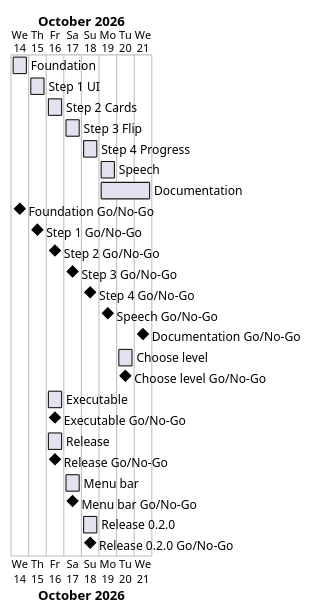
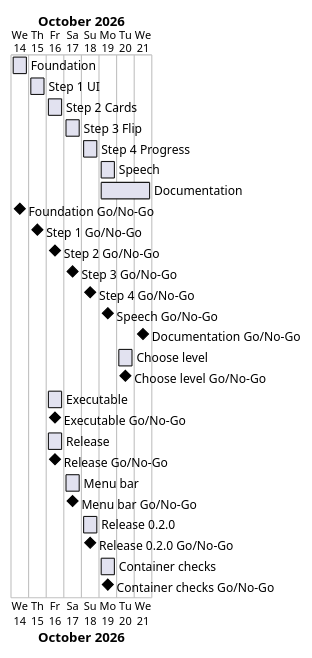
One commit to Tirsvad-Udemy-100-days-of-code/031-flash-card changed the diagram in docs/project-plan.md. Above: the diagram before and after it, drawn with PlantUML. The commit also changed other lines of this file and 9 other files, not shown here.

First line of the commit message:
MIL-013 plan and documents: container and sandbox checks

````diff
--- a/docs/project-plan.md
+++ b/docs/project-plan.md
@@ -48,29 +49,31 @@
 ```plantuml
 @startgantt
 Project starts 2026-10-14
 [Foundation] starts 2026-10-14 and ends 2026-10-14
 [Step 1 UI] starts 2026-10-15 and ends 2026-10-15
 [Step 2 Cards] starts 2026-10-16 and ends 2026-10-16
 [Step 3 Flip] starts 2026-10-17 and ends 2026-10-17
 [Step 4 Progress] starts 2026-10-18 and ends 2026-10-18
 [Speech] starts 2026-10-19 and ends 2026-10-19
 [Documentation] starts 2026-10-19 and ends 2026-10-21
 [Foundation Go/No-Go] happens 2026-10-14
 [Step 1 Go/No-Go] happens 2026-10-15
 [Step 2 Go/No-Go] happens 2026-10-16
 [Step 3 Go/No-Go] happens 2026-10-17
 [Step 4 Go/No-Go] happens 2026-10-18
 [Speech Go/No-Go] happens 2026-10-19
 [Documentation Go/No-Go] happens 2026-10-21
 [Choose level] starts 2026-10-20 and ends 2026-10-20
 [Choose level Go/No-Go] happens 2026-10-20
 [Executable] starts 2026-10-16 and ends 2026-10-16
 [Executable Go/No-Go] happens 2026-10-16
 [Release] starts 2026-10-16 and ends 2026-10-16
 [Release Go/No-Go] happens 2026-10-16
 [Menu bar] starts 2026-10-17 and ends 2026-10-17
 [Menu bar Go/No-Go] happens 2026-10-17
 [Release 0.2.0] starts 2026-10-18 and ends 2026-10-18
 [Release 0.2.0 Go/No-Go] happens 2026-10-18
+[Container checks] starts 2026-10-19 and ends 2026-10-19
+[Container checks Go/No-Go] happens 2026-10-19
 @endgantt
 ```
````
